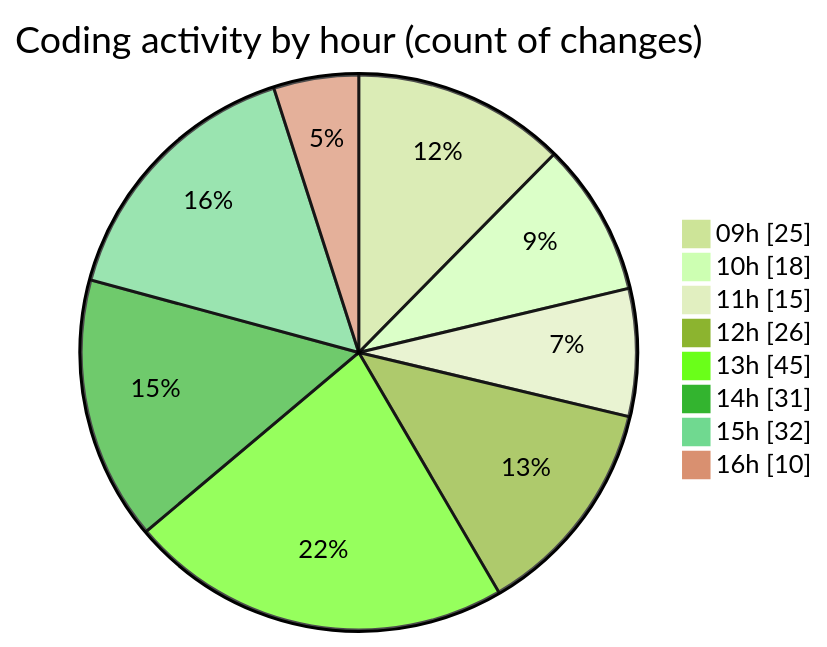
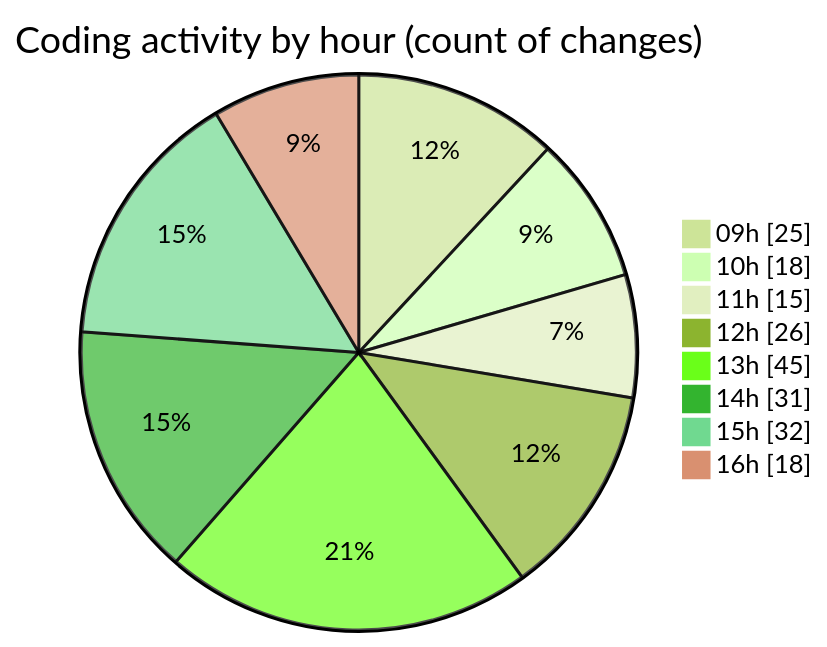
The second of 2 diagrams in 2025-03-13/cda/README.md (momahboobian/code-tracking), drawn with Mermaid (forest theme) before and after one commit. The commit also changed other lines of this file and 1 other file, not shown here.

````diff
--- a/2025-03-13/cda/README.md
+++ b/2025-03-13/cda/README.md
@@ -44,12 +44,12 @@
 ```mermaid
 pie showData
 title Coding activity by hour (count of changes)
 "09h" : 25
 "10h" : 18
 "11h" : 15
 "12h" : 26
 "13h" : 45
 "14h" : 31
 "15h" : 32
-"16h" : 10
+"16h" : 18
 ```
````
